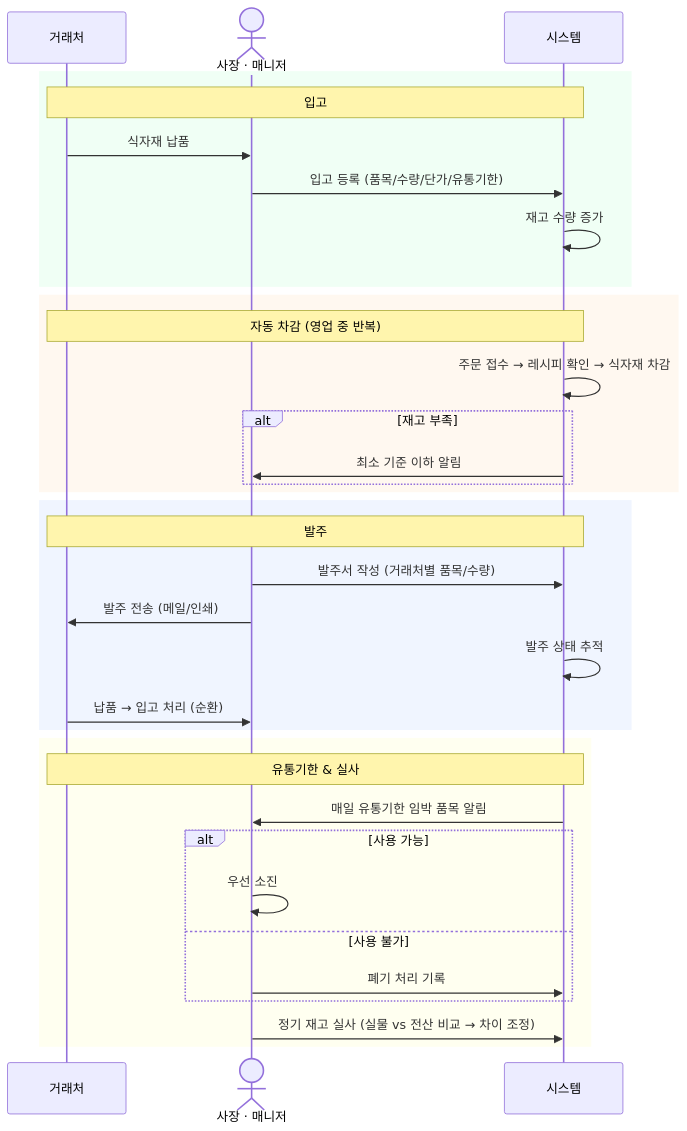
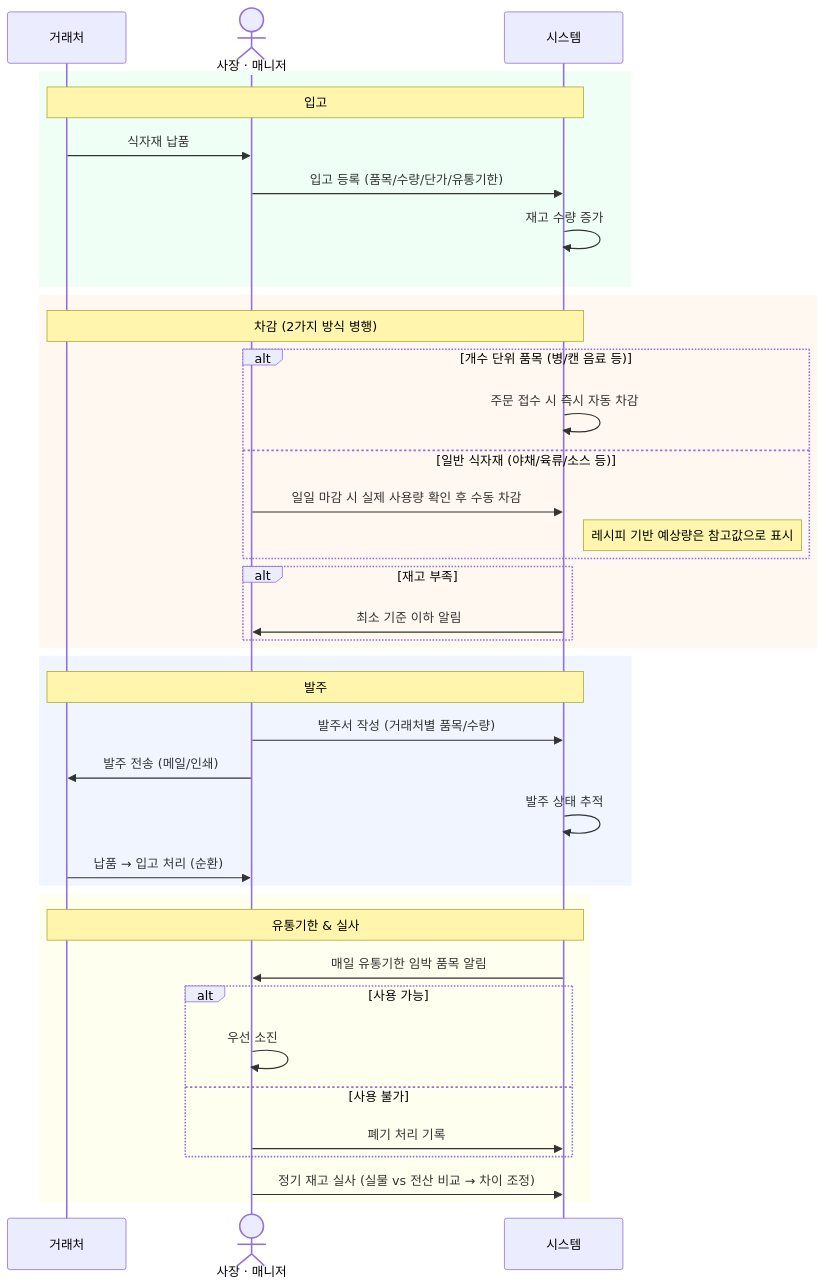
Before and after one commit to JangHyeonHo/ProjectSMS: the seventh of 12 diagrams in docs/08-workflow-diagrams.md, drawn with Mermaid. The commit also changed other lines of this file and 5 other files, not shown here.

````diff
--- a/docs/08-workflow-diagrams.md
+++ b/docs/08-workflow-diagrams.md
@@ -244,40 +244,45 @@
 ```mermaid
 sequenceDiagram
     participant 거래처
     actor 사장 as 사장 · 매니저
     participant 시스템
 
     rect rgb(240, 255, 245)
         Note over 거래처, 시스템: 입고
         거래처->>사장: 식자재 납품
         사장->>시스템: 입고 등록 (품목/수량/단가/유통기한)
         시스템->>시스템: 재고 수량 증가
     end
 
     rect rgb(255, 248, 240)
-        Note over 거래처, 시스템: 자동 차감 (영업 중 반복)
-        시스템->>시스템: 주문 접수 → 레시피 확인 → 식자재 차감
+        Note over 거래처, 시스템: 차감 (2가지 방식 병행)
+        alt 개수 단위 품목 (병/캔 음료 등)
+            시스템->>시스템: 주문 접수 시 즉시 자동 차감
+        else 일반 식자재 (야채/육류/소스 등)
+            사장->>시스템: 일일 마감 시 실제 사용량 확인 후 수동 차감
+            Note right of 시스템: 레시피 기반 예상량은 참고값으로 표시
+        end
         alt 재고 부족
             시스템->>사장: 최소 기준 이하 알림
         end
     end
 
     rect rgb(240, 245, 255)
         Note over 거래처, 시스템: 발주
         사장->>시스템: 발주서 작성 (거래처별 품목/수량)
         사장->>거래처: 발주 전송 (메일/인쇄)
         시스템->>시스템: 발주 상태 추적
         거래처->>사장: 납품 → 입고 처리 (순환)
     end
 
     rect rgb(255, 255, 240)
         Note over 거래처, 시스템: 유통기한 & 실사
         시스템->>사장: 매일 유통기한 임박 품목 알림
         alt 사용 가능
             사장->>사장: 우선 소진
         else 사용 불가
             사장->>시스템: 폐기 처리 기록
         end
         사장->>시스템: 정기 재고 실사 (실물 vs 전산 비교 → 차이 조정)
     end
 ```
````
